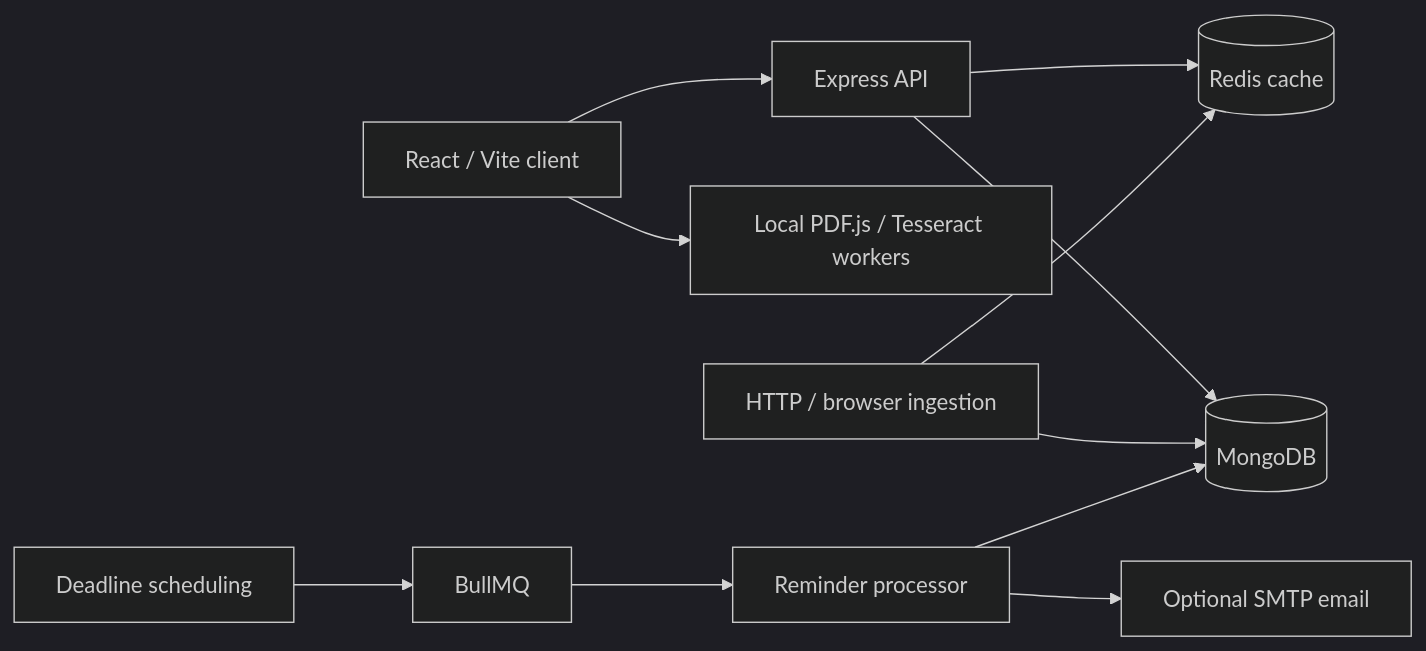
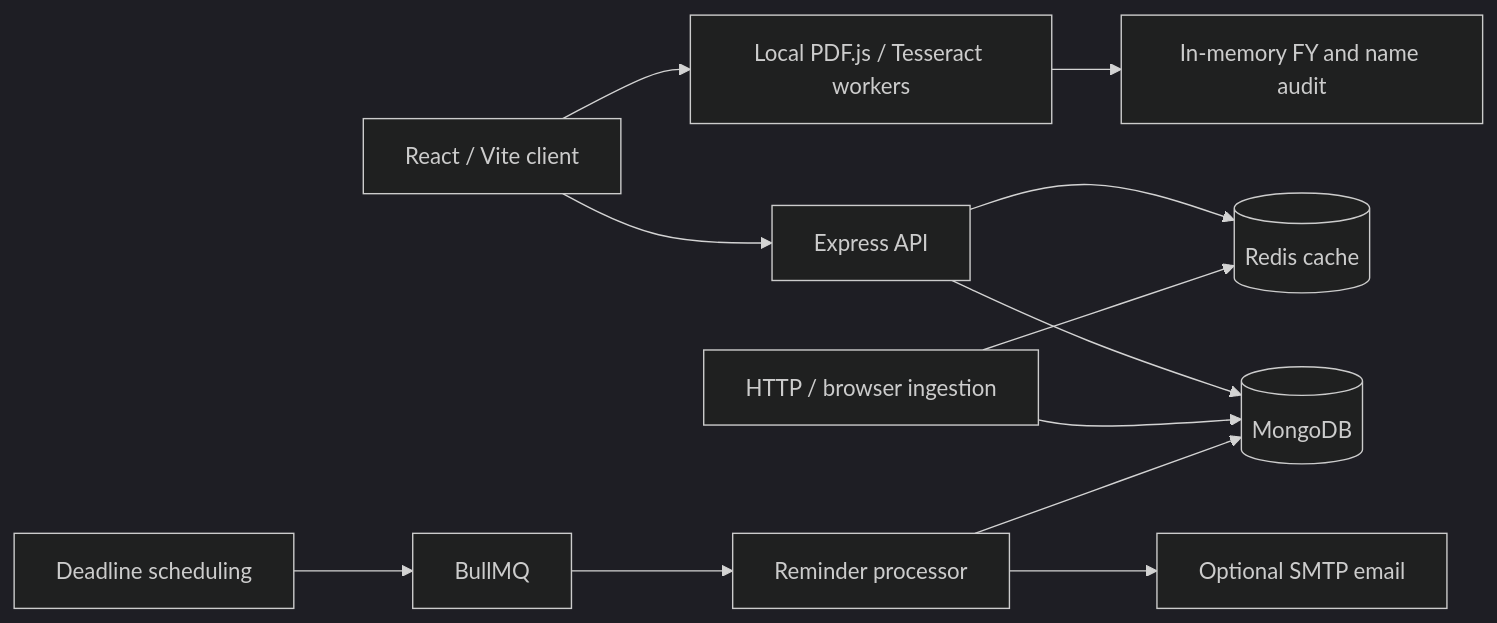
One commit to sanskriti49/udaan-scholarship-finder changed the diagram in README.md. Above: the diagram before and after it, drawn with Mermaid (dark theme). The commit also changed other lines of this file and 62 other files, not shown here.

````diff
--- a/README.md
+++ b/README.md
@@ -38,13 +39,14 @@
 ```mermaid
 flowchart LR
     Browser[React / Vite client] --> API[Express API]
     Browser --> Scanner[Local PDF.js / Tesseract workers]
+    Scanner --> Auditor[In-memory FY and name audit]
     API --> Mongo[(MongoDB)]
     API --> Redis[(Redis cache)]
     Crawler[HTTP / browser ingestion] --> Mongo
     Crawler --> Redis
     Scheduler[Deadline scheduling] --> Queue[BullMQ]
     Queue --> Worker[Reminder processor]
     Worker --> Mongo
     Worker --> SMTP[Optional SMTP email]
 ```
````
